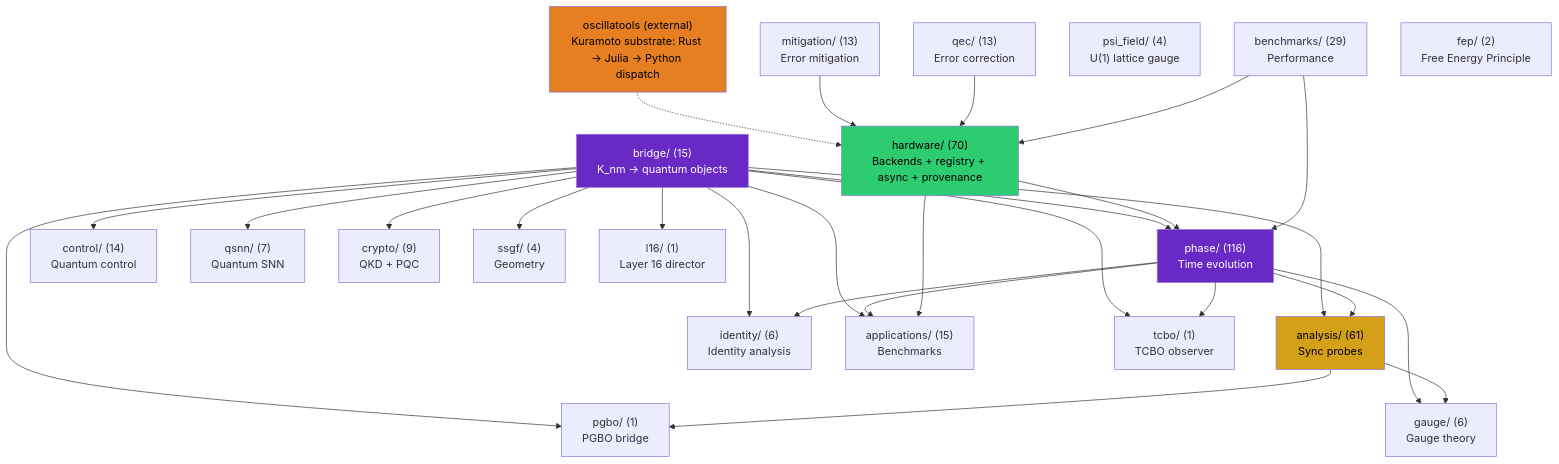
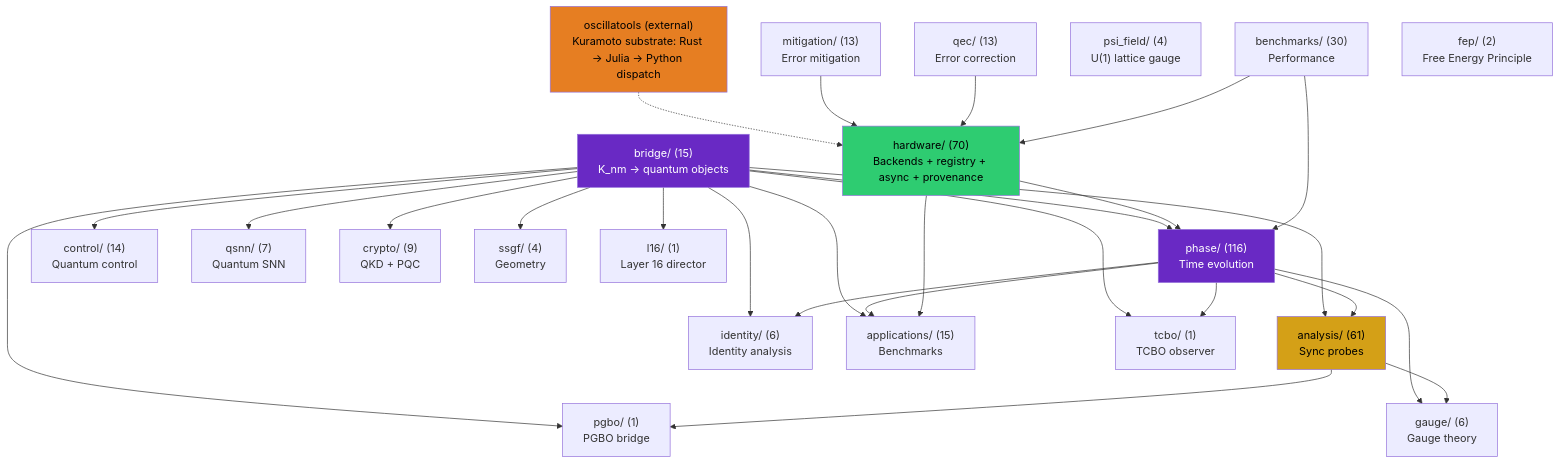
One commit to anulum/scpn-quantum-control changed the first of 4 diagrams in docs/architecture.md. Above: the diagram before and after it, drawn with Mermaid. The commit also changed other lines of this file and 13 other files, not shown here.

````diff
--- a/docs/architecture.md
+++ b/docs/architecture.md
@@ -362,55 +362,55 @@
 ```mermaid
 graph TD
     bridge["bridge/ (15)\nK_nm → quantum objects"]
     phase["phase/ (116)\nTime evolution"]
     analysis["analysis/ (61)\nSync probes"]
     control["control/ (14)\nQuantum control"]
     qsnn["qsnn/ (7)\nQuantum SNN"]
     identity["identity/ (6)\nIdentity analysis"]
     hardware["hardware/ (70)\nBackends + registry + async + provenance"]
     mitigation["mitigation/ (13)\nError mitigation"]
     qec["qec/ (13)\nError correction"]
     gauge["gauge/ (6)\nGauge theory"]
     apps["applications/ (15)\nBenchmarks"]
     crypto["crypto/ (9)\nQKD + PQC"]
-    benchmarks["benchmarks/ (29)\nPerformance"]
+    benchmarks["benchmarks/ (30)\nPerformance"]
     ssgf["ssgf/ (4)\nGeometry"]
     psi_field["psi_field/ (4)\nU(1) lattice gauge"]
     oscillatools["oscillatools (external)\nKuramoto substrate: Rust → Julia → Python dispatch"]
     fep["fep/ (2)\nFree Energy Principle"]
     tcbo["tcbo/ (1)\nTCBO observer"]
     pgbo["pgbo/ (1)\nPGBO bridge"]
     l16["l16/ (1)\nLayer 16 director"]
 
     bridge --> phase
     bridge --> analysis
     bridge --> control
     bridge --> qsnn
     bridge --> identity
     bridge --> apps
     bridge --> crypto
     bridge --> ssgf
     phase --> analysis
     phase --> identity
     phase --> apps
     phase --> gauge
     analysis --> gauge
     hardware --> phase
     hardware --> apps
     oscillatools -.-> hardware
     mitigation --> hardware
     qec --> hardware
     benchmarks --> phase
     benchmarks --> hardware
     bridge --> tcbo
     bridge --> pgbo
     bridge --> l16
     phase --> tcbo
     analysis --> pgbo
 
     style bridge fill:#6929C4,color:#fff
     style analysis fill:#d4a017,color:#000
     style phase fill:#6929C4,color:#fff
     style hardware fill:#2ecc71,color:#000
     style oscillatools fill:#e67e22,color:#000
 ```
````
